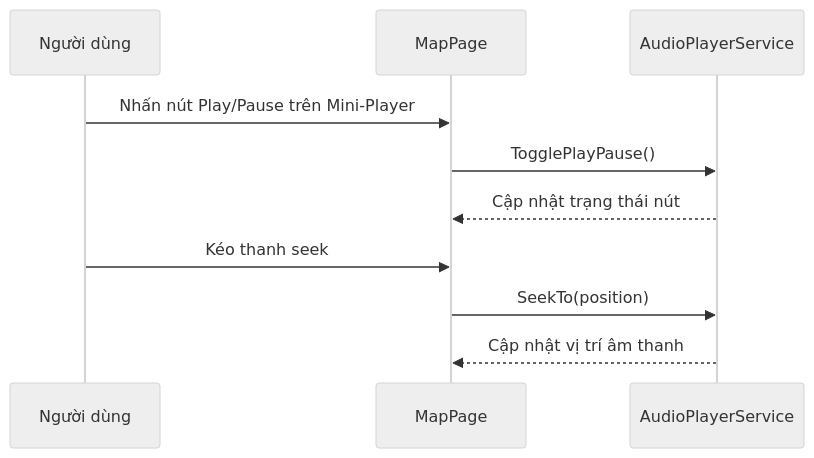
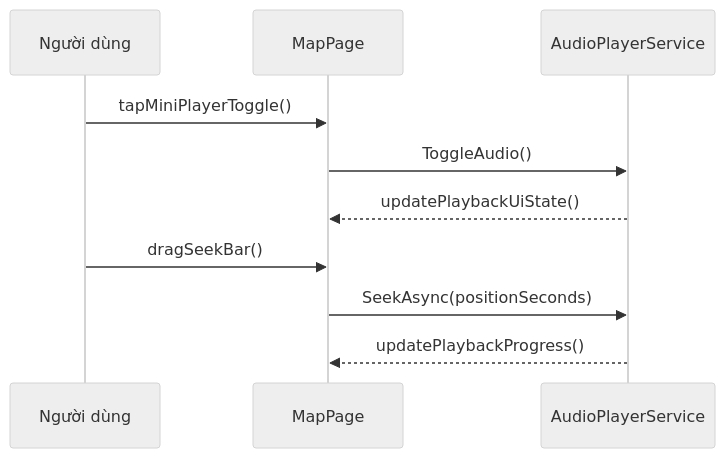
The tenth of 58 diagrams in PRD.md (quynhtien1977/AudioGo), drawn with Mermaid (neutral theme) before and after one commit. The commit also changed other lines of this file and 2 other files, not shown here.

````diff
--- a/PRD.md
+++ b/PRD.md
@@ -962,14 +996,14 @@
 ```mermaid
 sequenceDiagram
     participant MobileUser as Người dùng
     participant MapPage
     participant AudioSvc as AudioPlayerService
 
-    MobileUser ->> MapPage: Nhấn nút Play/Pause trên Mini-Player
-    MapPage ->> AudioSvc: TogglePlayPause()
-    AudioSvc -->> MapPage: Cập nhật trạng thái nút
+    MobileUser ->> MapPage: tapMiniPlayerToggle()
+    MapPage ->> AudioSvc: ToggleAudio()
+    AudioSvc -->> MapPage: updatePlaybackUiState()
 
-    MobileUser ->> MapPage: Kéo thanh seek
-    MapPage ->> AudioSvc: SeekTo(position)
-    AudioSvc -->> MapPage: Cập nhật vị trí âm thanh
+    MobileUser ->> MapPage: dragSeekBar()
+    MapPage ->> AudioSvc: SeekAsync(positionSeconds)
+    AudioSvc -->> MapPage: updatePlaybackProgress()
 ```
````
